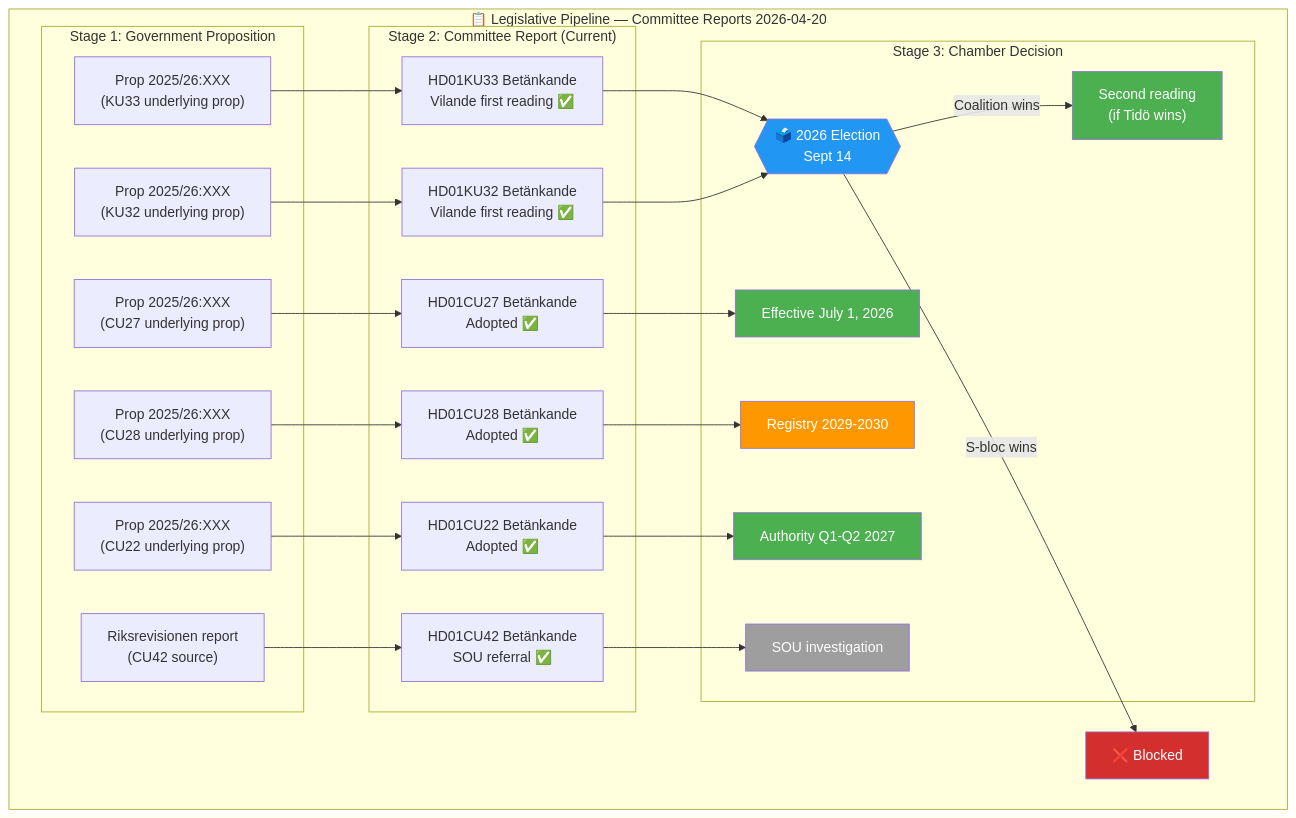
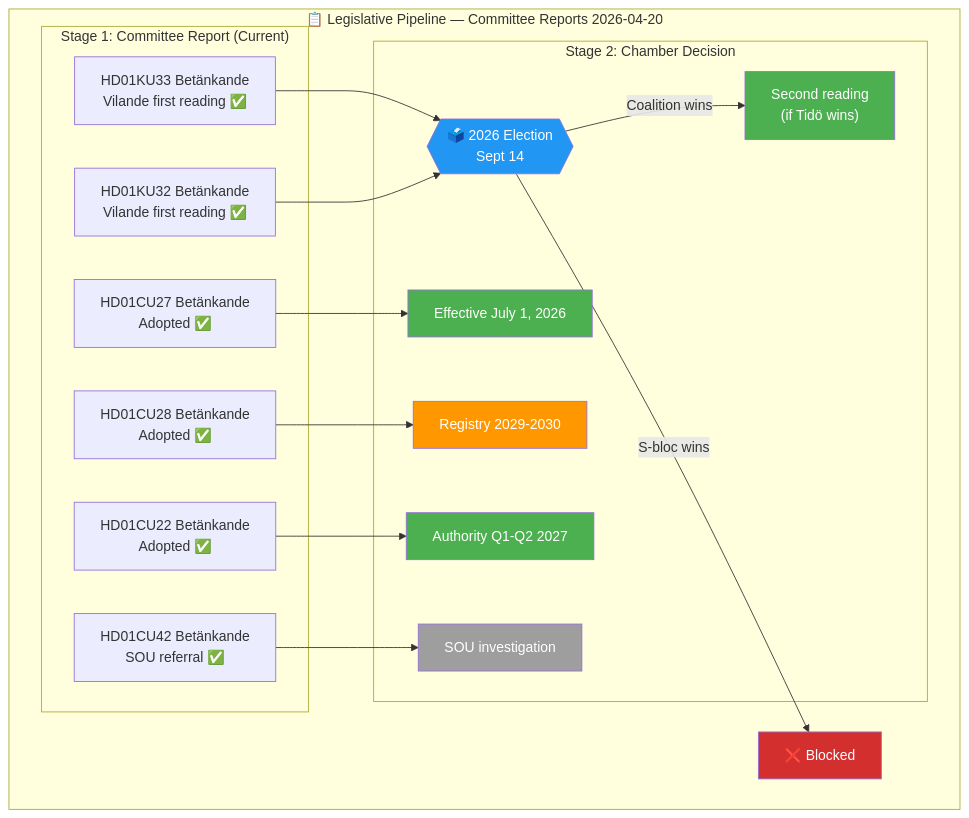
One commit to Hack23/riksdagsmonitor changed the third of 3 diagrams in analysis/daily/2026-04-20/committeeReports/cross-reference-map.md. Above: the diagram before and after it, drawn with Mermaid. The commit also changed other lines of this file and 2 other files, not shown here.

Commit message:
fix: address review 4139493870 — remove XXX placeholders + support custom elements in leakage scanner
- cross-reference-map.md: drop "Stage 1: Government Proposition" subgraph
  containing `Prop 2025/26:XXX` placeholders (real IDs are not reliably
  linked in the betänkande payloads). Added an explanatory note; pipeline
  now starts at the committee-report stage. PR description's
  "0 AI_MUST_REPLACE markers" claim is now accurate.

- scripts/detect-swedish-leakage.ts: `parseTagAt` tag-name regex now
  accepts `-` and `:` so custom/hyphenated elements such as
  `<my-component lang="sv">` are correctly recognised and depth-tracked
  by `stripLangTaggedBlocks`.

- Added regression test for custom-element suppression. 39/39 leakage
  tests pass, 35/35 analysis-quality tests pass.

Agent-Logs-Url: https://github.com/Hack23/riksdagsmonitor/sessions/5f3e3f35-8c48-4e67-9f48-2b63c5ef592d

````diff
--- a/analysis/daily/2026-04-20/committeeReports/cross-reference-map.md
+++ b/analysis/daily/2026-04-20/committeeReports/cross-reference-map.md
@@ -100,56 +100,40 @@
 ```mermaid
 graph TB
     subgraph "📋 Legislative Pipeline — Committee Reports 2026-04-20"
-        subgraph "Stage 1: Government Proposition"
-            P1["Prop 2025/26:XXX<br/>(KU33 underlying prop)"]
-            P2["Prop 2025/26:XXX<br/>(KU32 underlying prop)"]
-            P3["Prop 2025/26:XXX<br/>(CU27 underlying prop)"]
-            P4["Prop 2025/26:XXX<br/>(CU28 underlying prop)"]
-            P5["Prop 2025/26:XXX<br/>(CU22 underlying prop)"]
-            P6["Riksrevisionen report<br/>(CU42 source)"]
-        end
-        
-        subgraph "Stage 2: Committee Report (Current)"
+        subgraph "Stage 1: Committee Report (Current)"
             B1["HD01KU33 Betänkande<br/>Vilande first reading ✅"]
             B2["HD01KU32 Betänkande<br/>Vilande first reading ✅"]
             B3["HD01CU27 Betänkande<br/>Adopted ✅"]
             B4["HD01CU28 Betänkande<br/>Adopted ✅"]
             B5["HD01CU22 Betänkande<br/>Adopted ✅"]
             B6["HD01CU42 Betänkande<br/>SOU referral ✅"]
         end
-        
-        subgraph "Stage 3: Chamber Decision"
+
+        subgraph "Stage 2: Chamber Decision"
             V1{{"🗳️ 2026 Election<br/>Sept 14"}}
             V2["Second reading<br/>(if Tidö wins)"]
             E1["Effective July 1, 2026"]
             E2["Registry 2029-2030"]
             E3["Authority Q1-Q2 2027"]
             S1["SOU investigation"]
         end
-        
-        P1 --> B1
-        P2 --> B2
-        P3 --> B3
-        P4 --> B4
-        P5 --> B5
-        P6 --> B6
-        
+
         B1 --> V1
         B2 --> V1
         V1 -->|"Coalition wins"| V2
         V1 -->|"S-bloc wins"| X["❌ Blocked"]
-        
+
         B3 --> E1
         B4 --> E2
         B5 --> E3
         B6 --> S1
     end
 
     style V1 fill:#2196F3,color:#FFFFFF
     style V2 fill:#4CAF50,color:#FFFFFF
     style X fill:#D32F2F,color:#FFFFFF
     style E1 fill:#4CAF50,color:#FFFFFF
     style E2 fill:#FF9800,color:#FFFFFF
     style E3 fill:#4CAF50,color:#FFFFFF
     style S1 fill:#9E9E9E,color:#FFFFFF
 ```
````
